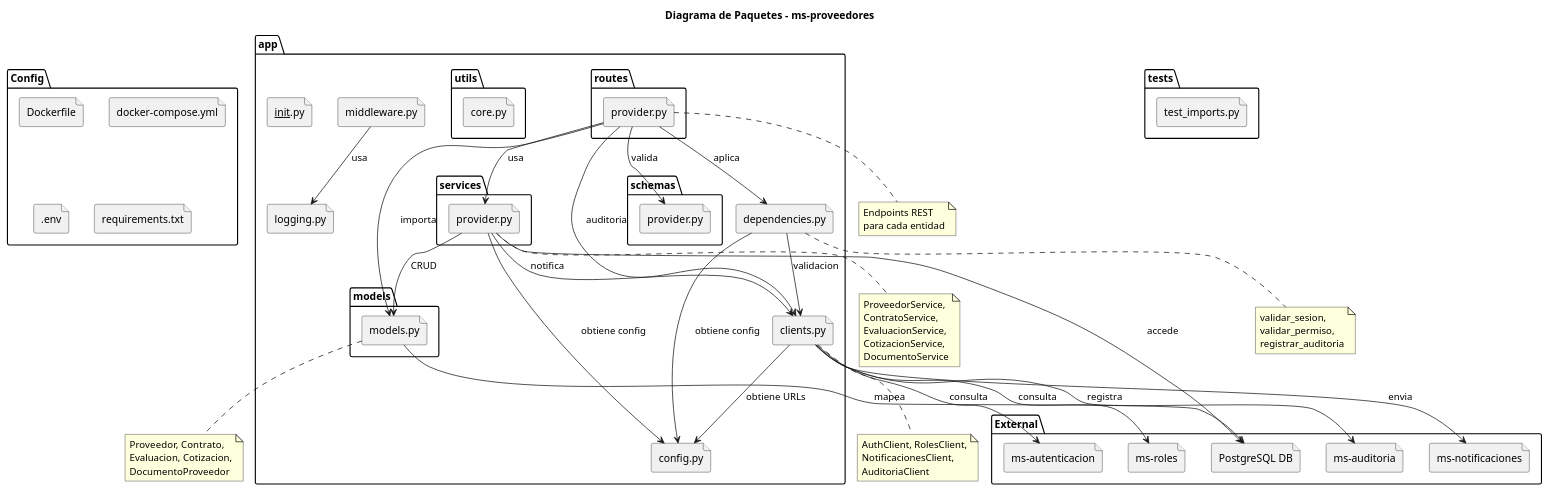
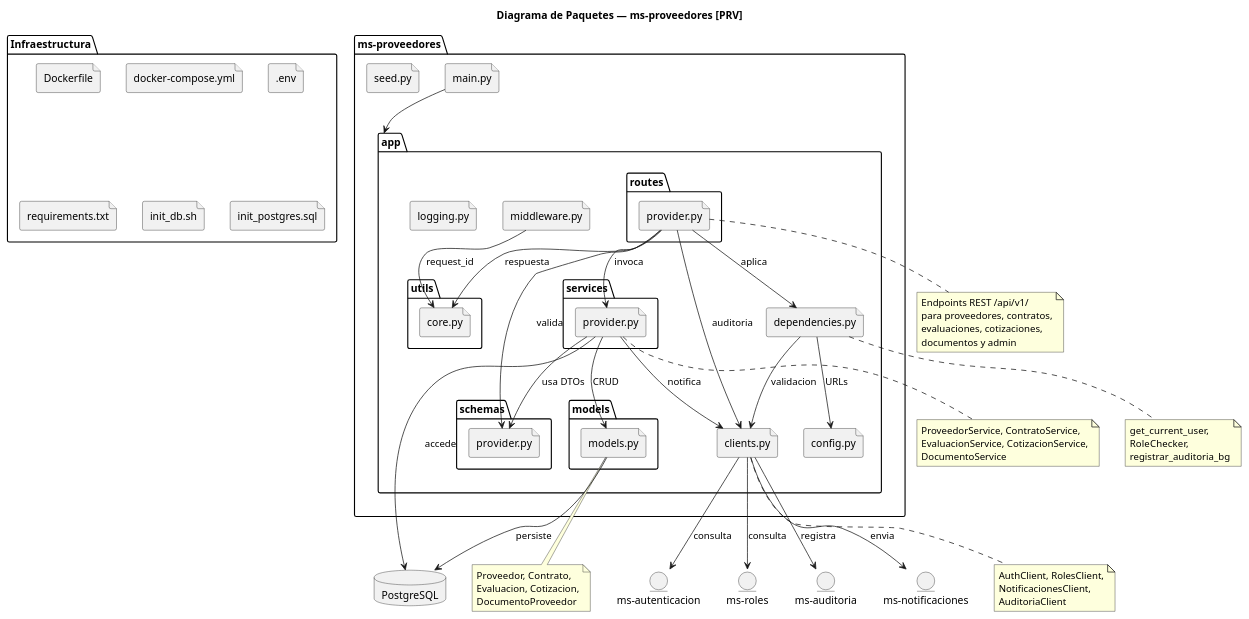
Before and after one commit to Reluckycf/ms-proveedores: the diagram in docs/uml/diagrama_paquetes_ms-proveedores.puml, drawn with PlantUML. The commit also changed 33 other files, not shown here.

Commit message:
agregado y modificado docs, documento de arquitectura, cambios a diagramas uml y exportados a pdf y png

```diff
--- a/docs/uml/diagrama_paquetes_ms-proveedores.puml
+++ b/docs/uml/diagrama_paquetes_ms-proveedores.puml
@@ -1,107 +1,108 @@
 @startuml
-title Diagrama de Paquetes - ms-proveedores
+title Diagrama de Paquetes — ms-proveedores [PRV]
 
-package "app" {
-  package "models" {
-    file "models.py" as models_file
+package "ms-proveedores" {
+  package "app" {
+    package "models" {
+      file "models.py" as models_file
+    }
+
+    package "routes" {
+      file "provider.py" as routes_file
+    }
+
+    package "services" {
+      file "provider.py" as services_file
+    }
+
+    package "schemas" {
+      file "provider.py" as schemas_file
+    }
+
+    package "utils" {
+      file "core.py" as utils_file
+    }
+
+    file "clients.py" as clients_file
+    file "config.py" as config_file
+    file "dependencies.py" as dependencies_file
+    file "middleware.py" as middleware_file
+    file "logging.py" as logging_file
   }
-  
-  package "routes" {
-    file "provider.py" as routes_file
-  }
-  
-  package "services" {
-    file "provider.py" as services_file
-  }
-  
-  package "schemas" {
-    file "provider.py" as schemas_file
-  }
-  
-  package "utils" {
-    file "core.py" as utils_file
-  }
-  
-  file "clients.py" as clients_file
-  file "config.py" as config_file
-  file "dependencies.py" as dependencies_file
-  file "middleware.py" as middleware_file
-  file "logging.py" as logging_file
-  file "__init__.py" as init_file
+
+  file "main.py" as main_file
+  file "seed.py" as seed_file
 }
 
-package "tests" {
-  file "test_imports.py" as test_file
-}
-
-package "External" {
-  file "PostgreSQL DB" as db_file
-  file "ms-autenticacion" as auth_file
-  file "ms-roles" as roles_file
-  file "ms-auditoria" as audit_file
-  file "ms-notificaciones" as notif_file
-}
-
-package "Config" {
+package "Infraestructura" {
   file "Dockerfile" as docker_file
   file "docker-compose.yml" as compose_file
   file ".env" as env_file
   file "requirements.txt" as req_file
+  file "init_db.sh" as init_db_script
+  file "init_postgres.sql" as init_sql
 }
 
-routes_file --> models_file : importa
-routes_file --> services_file : usa
+database "PostgreSQL" as db_file
+entity "ms-autenticacion" as auth_svc
+entity "ms-roles" as roles_svc
+entity "ms-auditoria" as audit_svc
+entity "ms-notificaciones" as notif_svc
+
+main_file --> app
+
+routes_file --> services_file : invoca
 routes_file --> schemas_file : valida
 routes_file --> dependencies_file : aplica
+routes_file --> utils_file : respuesta
 routes_file --> clients_file : auditoria
 
 services_file --> models_file : CRUD
+services_file --> schemas_file : usa DTOs
 services_file --> clients_file : notifica
-services_file --> config_file : obtiene config
 
 dependencies_file --> clients_file : validacion
-dependencies_file --> config_file : obtiene config
+dependencies_file --> config_file : URLs
 
-clients_file --> auth_file : consulta
-clients_file --> roles_file : consulta
-clients_file --> audit_file : registra
-clients_file --> notif_file : envia
-clients_file --> config_file : obtiene URLs
+clients_file --> auth_svc : consulta
+clients_file --> roles_svc : consulta
+clients_file --> audit_svc : registra
+clients_file --> notif_svc : envia
 
-middleware_file --> logging_file : usa
+middleware_file --> utils_file : request_id
 
-models_file --> db_file : mapea
+models_file --> db_file : persiste
 services_file --> db_file : accede
 
 note bottom of models_file
 Proveedor, Contrato,
 Evaluacion, Cotizacion,
 DocumentoProveedor
 end note
 
 note bottom of services_file
-ProveedorService,
-ContratoService,
-EvaluacionService,
-CotizacionService,
+ProveedorService, ContratoService,
+EvaluacionService, CotizacionService,
 DocumentoService
 end note
 
 note bottom of routes_file
-Endpoints REST
-para cada entidad
+Endpoints REST /api/v1/
+para proveedores, contratos,
+evaluaciones, cotizaciones,
+documentos y admin
 end note
 
 note bottom of clients_file
 AuthClient, RolesClient,
 NotificacionesClient,
 AuditoriaClient
 end note
 
 note bottom of dependencies_file
-validar_sesion,
-validar_permiso,
-registrar_auditoria
+get_current_user,
+RoleChecker,
+registrar_auditoria_bg
 end note
 
 @enduml
```
